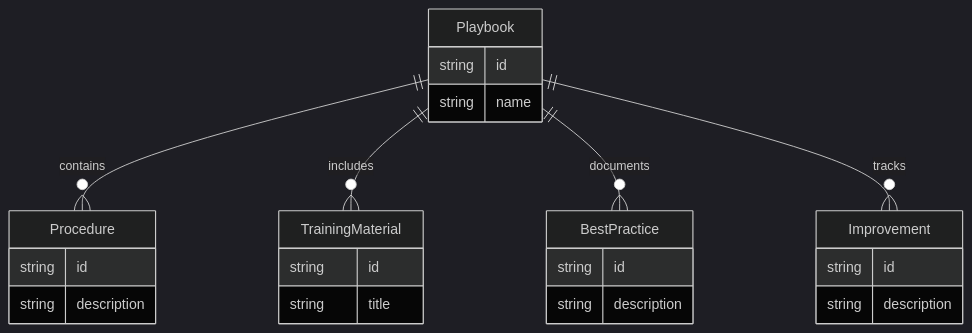
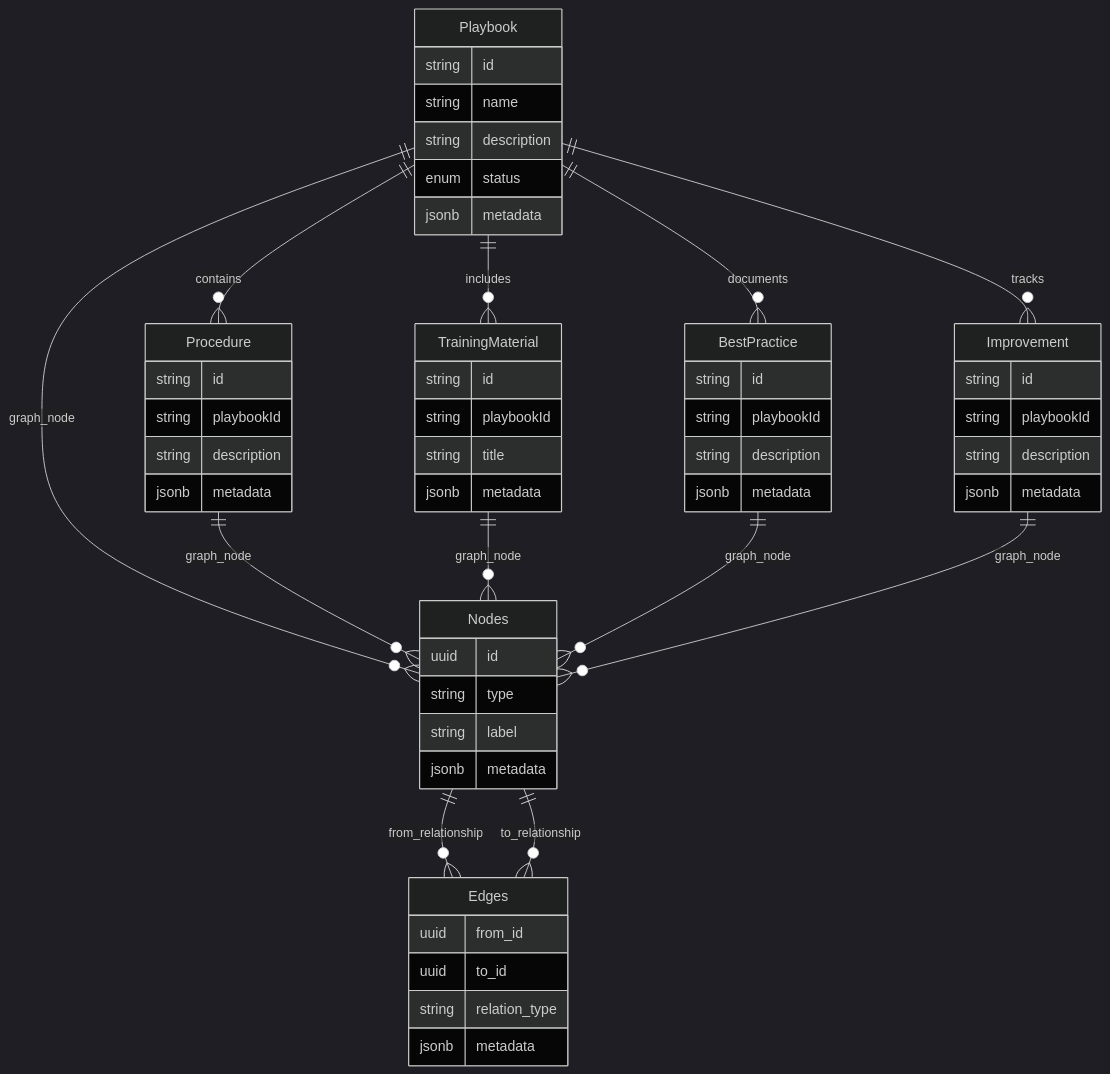
The seventh of 10 diagrams in docs/design/solution-architecture-design.md (Duds/capopt_platform), drawn with Mermaid (dark theme) before and after one commit. The commit also changed other lines of this file and 30 other files, not shown here.

First line of the commit message:
feat: implement graph relational architecture and enhance testing infrastructure

````diff
--- a/docs/design/solution-architecture-design.md
+++ b/docs/design/solution-architecture-design.md
@@ -395,27 +833,57 @@
 ```mermaid
 erDiagram
     Playbook {
         string id
         string name
+        string description
+        enum status
+        jsonb metadata
     }
     Procedure {
         string id
+        string playbookId
         string description
+        jsonb metadata
     }
     TrainingMaterial {
         string id
+        string playbookId
         string title
+        jsonb metadata
     }
     BestPractice {
         string id
+        string playbookId
         string description
+        jsonb metadata
     }
     Improvement {
         string id
+        string playbookId
         string description
+        jsonb metadata
+    }
+    Nodes {
+        uuid id
+        string type
+        string label
+        jsonb metadata
+    }
+    Edges {
+        uuid from_id
+        uuid to_id
+        string relation_type
+        jsonb metadata
     }
     Playbook ||--o{ Procedure : contains
     Playbook ||--o{ TrainingMaterial : includes
     Playbook ||--o{ BestPractice : documents
     Playbook ||--o{ Improvement : tracks
+    Playbook ||--o{ Nodes : graph_node
+    Procedure ||--o{ Nodes : graph_node
+    TrainingMaterial ||--o{ Nodes : graph_node
+    BestPractice ||--o{ Nodes : graph_node
+    Improvement ||--o{ Nodes : graph_node
+    Nodes ||--o{ Edges : from_relationship
+    Nodes ||--o{ Edges : to_relationship
 ```
````
